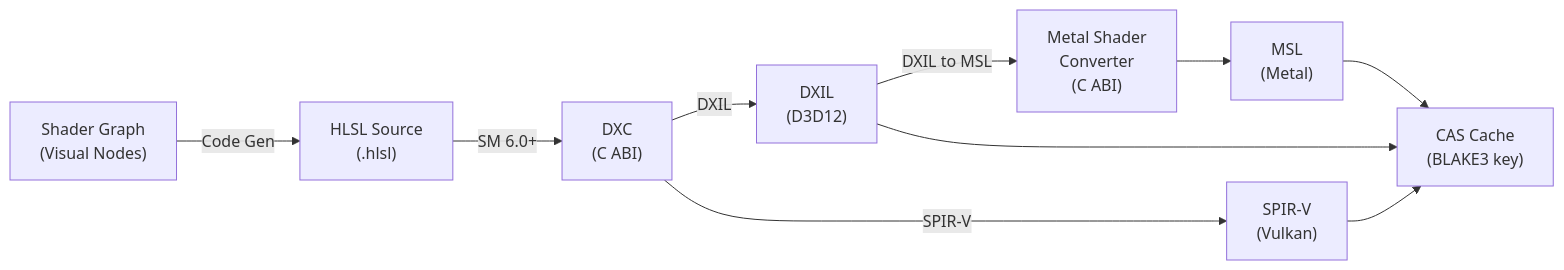
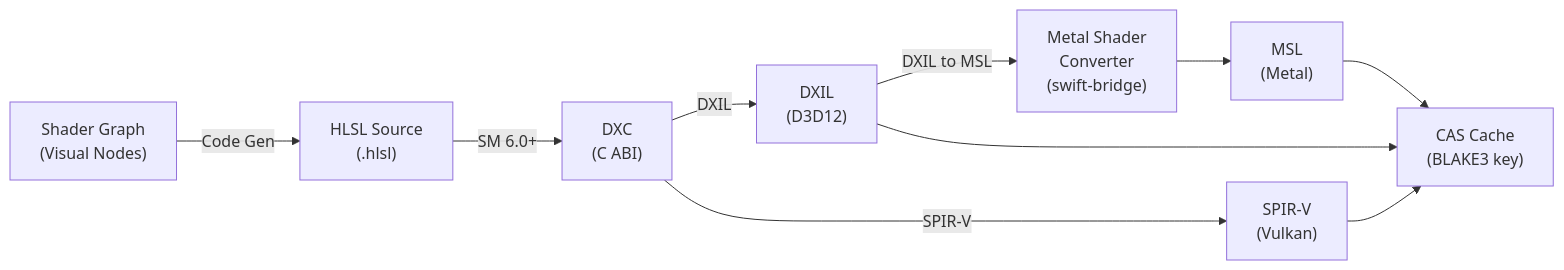
Before and after one commit to harmonius-dev/harmonius: the second of 8 diagrams in docs/design/content-pipeline/processing.md, drawn with Mermaid. The commit also changed other lines of this file and 582 other files, not shown here.

````diff
--- a/docs/design/content-pipeline/processing.md
+++ b/docs/design/content-pipeline/processing.md
@@ -169,21 +169,21 @@
 ```mermaid
 flowchart LR
     SG["Shader Graph\n(Visual Nodes)"]
     HLSL["HLSL Source\n(.hlsl)"]
     DXC_D["DXC\n(C ABI)"]
     DXIL["DXIL\n(D3D12)"]
     SPIRV["SPIR-V\n(Vulkan)"]
-    MSC["Metal Shader\nConverter\n(C ABI)"]
+    MSC["Metal Shader\nConverter\n(swift-bridge)"]
     MSL["MSL\n(Metal)"]
     CACHE["CAS Cache\n(BLAKE3 key)"]
 
     SG -->|"Code Gen"| HLSL
     HLSL -->|"SM 6.0+"| DXC_D
     DXC_D -->|"DXIL"| DXIL
     DXC_D -->|"SPIR-V"| SPIRV
     DXIL -->|"DXIL to MSL"| MSC
     MSC --> MSL
     DXIL --> CACHE
     SPIRV --> CACHE
     MSL --> CACHE
 ```
````
